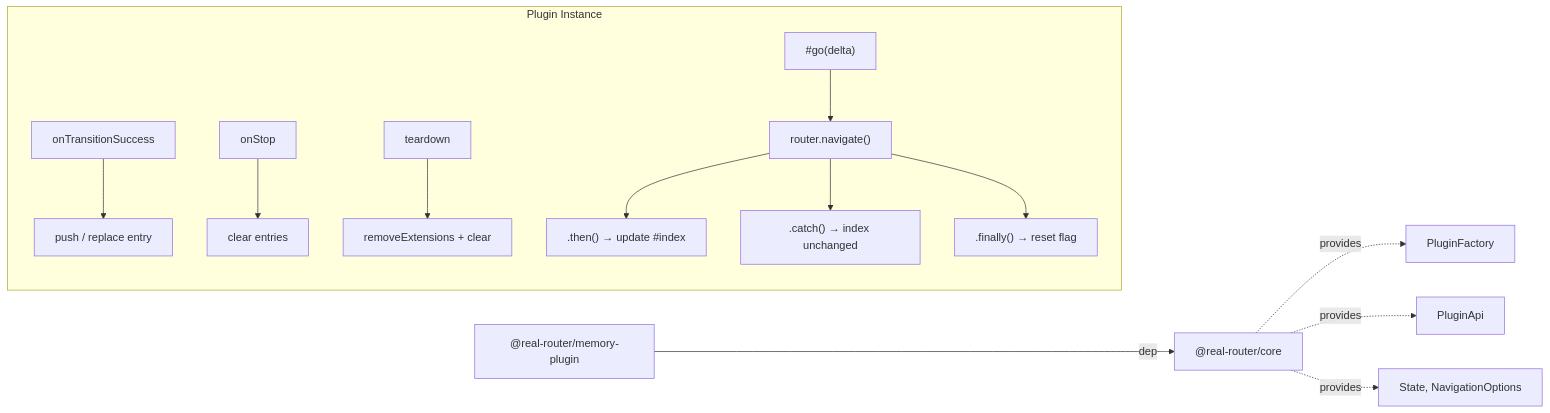
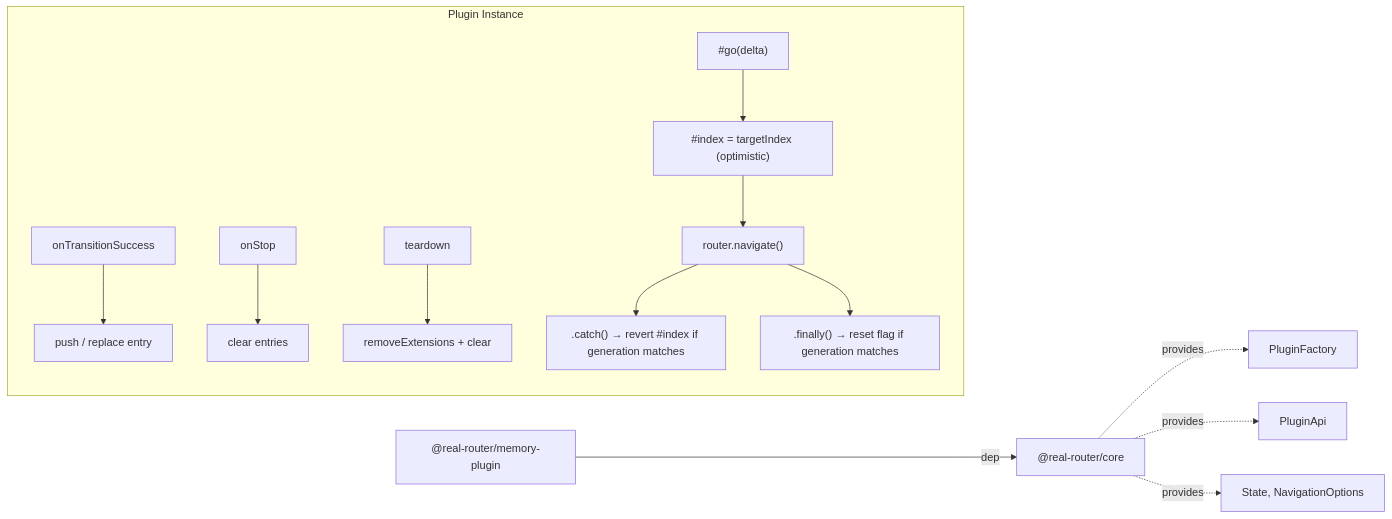
Before and after one commit to greydragon888/real-router: the diagram in packages/memory-plugin/ARCHITECTURE.md, drawn with Mermaid. The commit also changed other lines of this file and 15 other files, not shown here.

````diff
--- a/packages/memory-plugin/ARCHITECTURE.md
+++ b/packages/memory-plugin/ARCHITECTURE.md
@@ -24,18 +24,18 @@
 ```mermaid
 graph LR
     MP["@real-router/memory-plugin"] -->|dep| CORE["@real-router/core"]
 
     CORE -.->|provides| PF[PluginFactory]
     CORE -.->|provides| PA[PluginApi]
     CORE -.->|provides| TYPES["State, NavigationOptions"]
 
     subgraph plugin [Plugin Instance]
         OTS["onTransitionSuccess"] --> PUSH[push / replace entry]
         OS["onStop"] --> CLEAR[clear entries]
         TD["teardown"] --> RM[removeExtensions + clear]
-        GO["#go(delta)"] --> NAV["router.navigate()"]
-        NAV --> THEN[".then() → update #index"]
-        NAV --> CATCH[".catch() → index unchanged"]
-        NAV --> FIN[".finally() → reset flag"]
+        GO["#go(delta)"] --> IDXSYNC["#index = targetIndex (optimistic)"]
+        IDXSYNC --> NAV["router.navigate()"]
+        NAV --> CATCH[".catch() → revert #index if generation matches"]
+        NAV --> FIN[".finally() → reset flag if generation matches"]
     end
 ```
````
